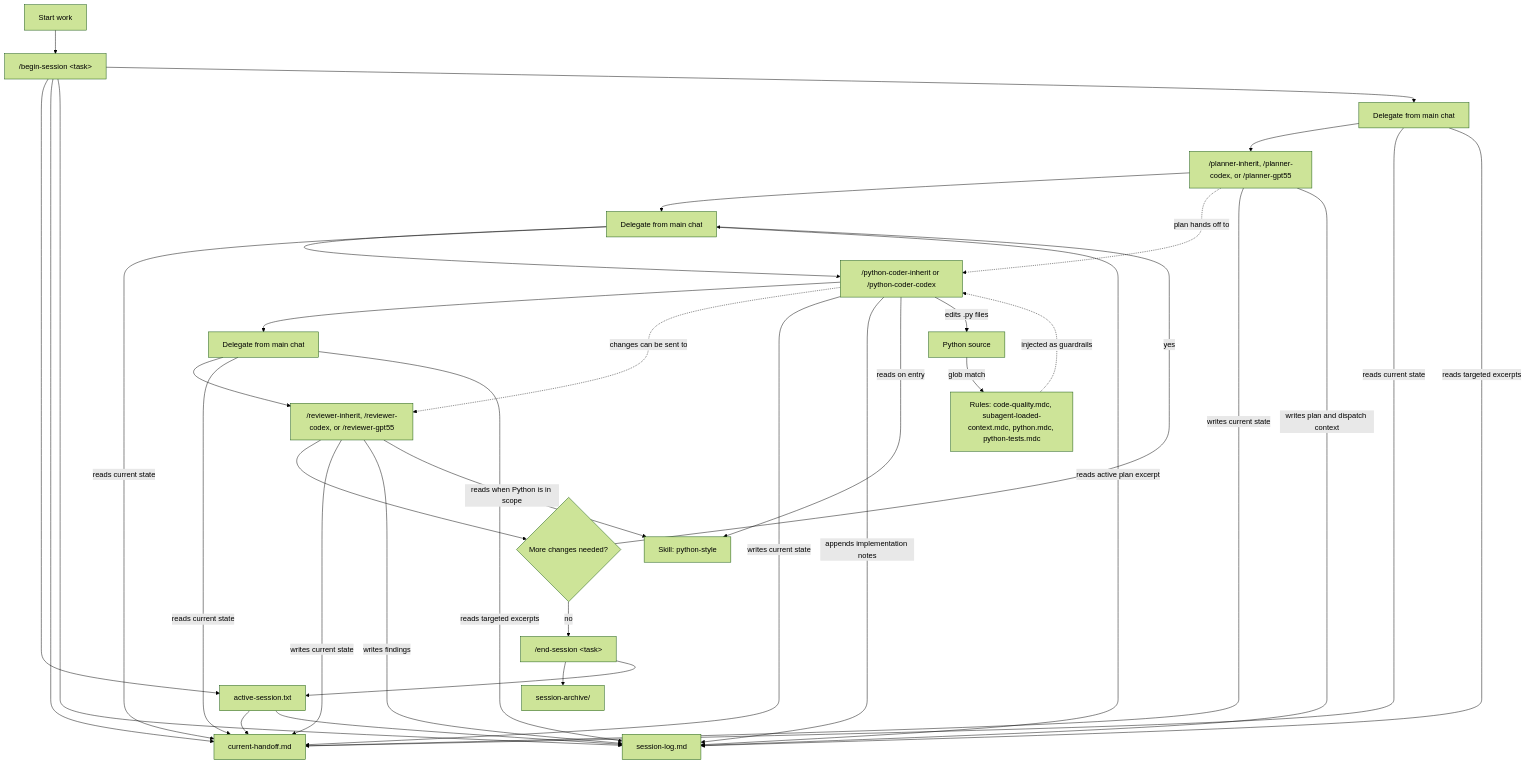
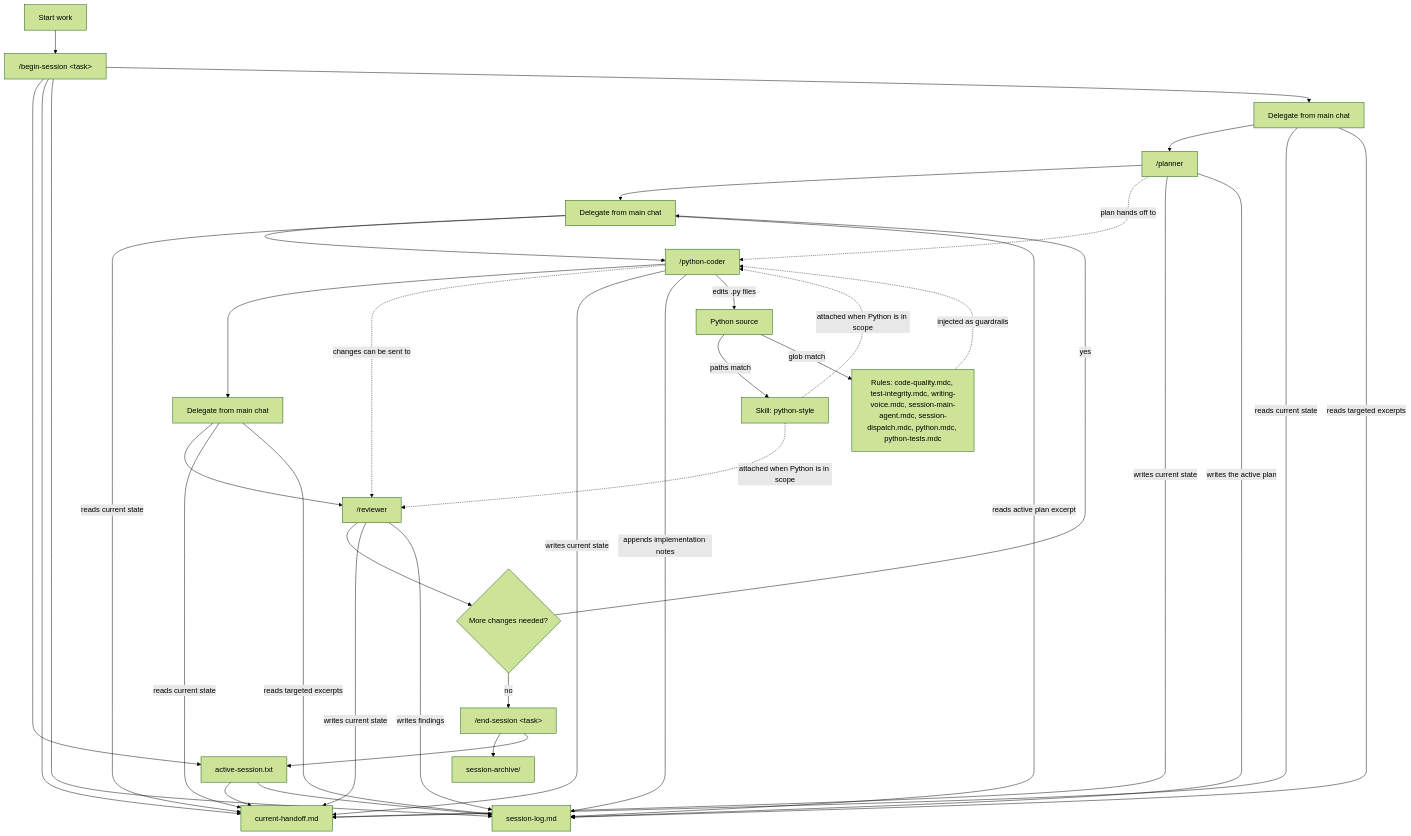
One commit to aaroncouch/CouchPilot changed the diagram in README.md. Above: the diagram before and after it, drawn with Mermaid (forest theme). The commit also changed other lines of this file and 27 other files, not shown here.

Commit message:
Improving prompts, delegating model selection to Cursor drop down, adding new rules to prevent test overfitting

````diff
--- a/README.md
+++ b/README.md
@@ -258,39 +389,40 @@
 ```mermaid
 flowchart TD
   start["Start work"] --> begin["/begin-session &lt;task&gt;"]
   begin --> pointer["active-session.txt"]
   pointer --> handoff["current-handoff.md"]
   pointer --> logFile["session-log.md"]
   begin --> handoff
   begin --> logFile
   begin --> delegatePlan["Delegate from main chat"]
-  delegatePlan --> plan["/planner-inherit, /planner-codex, or /planner-gpt55"]
+  delegatePlan --> plan["/planner"]
   plan --> delegateCode["Delegate from main chat"]
-  delegateCode --> code["/python-coder-inherit or /python-coder-codex"]
+  delegateCode --> code["/python-coder"]
   code --> delegateReview["Delegate from main chat"]
-  delegateReview --> review["/reviewer-inherit, /reviewer-codex, or /reviewer-gpt55"]
+  delegateReview --> review["/reviewer"]
   review --> iterate{"More changes needed?"}
   iterate -- yes --> delegateCode
   iterate -- no --> endcmd["/end-session &lt;task&gt;"]
   plan -.->|"plan hands off to"| code
   code -.->|"changes can be sent to"| review
   delegatePlan -->|"reads current state"| handoff
   delegatePlan -->|"reads targeted excerpts"| logFile
   delegateCode -->|"reads current state"| handoff
   delegateCode -->|"reads active plan excerpt"| logFile
   delegateReview -->|"reads current state"| handoff
   delegateReview -->|"reads targeted excerpts"| logFile
   plan -->|"writes current state"| handoff
-  plan -->|"writes plan and dispatch context"| logFile
+  plan -->|"writes the active plan"| logFile
   code -->|"writes current state"| handoff
   code -->|"appends implementation notes"| logFile
   review -->|"writes current state"| handoff
   review -->|"writes findings"| logFile
-  code -->|"reads on entry"| skill["Skill: python-style"]
-  review -->|"reads when Python is in scope"| skill
   code -->|"edits .py files"| files["Python source"]
-  files -->|"glob match"| rules["Rules: code-quality.mdc, subagent-loaded-context.mdc, python.mdc, python-tests.mdc"]
+  files -->|"paths match"| skill["Skill: python-style"]
+  skill -.->|"attached when Python is in scope"| code
+  skill -.->|"attached when Python is in scope"| review
+  files -->|"glob match"| rules["Rules: code-quality.mdc, test-integrity.mdc, writing-voice.mdc, session-main-agent.mdc, session-dispatch.mdc, python.mdc, python-tests.mdc"]
   rules -.->|"injected as guardrails"| code
   endcmd --> archive["session-archive/"]
   endcmd --> pointer
 ```
````
